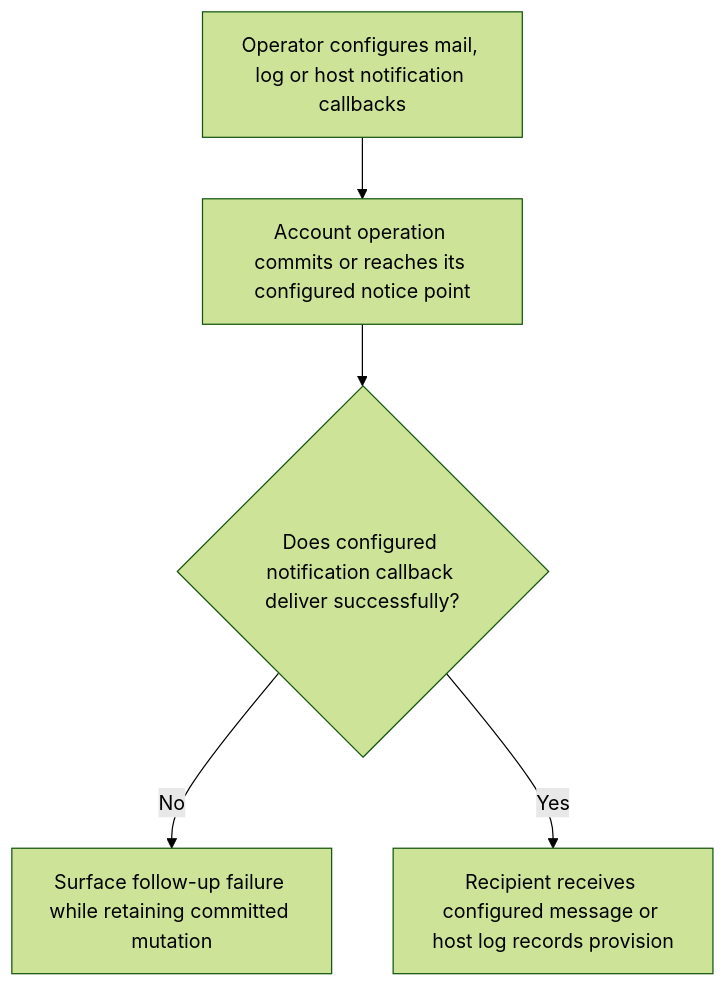
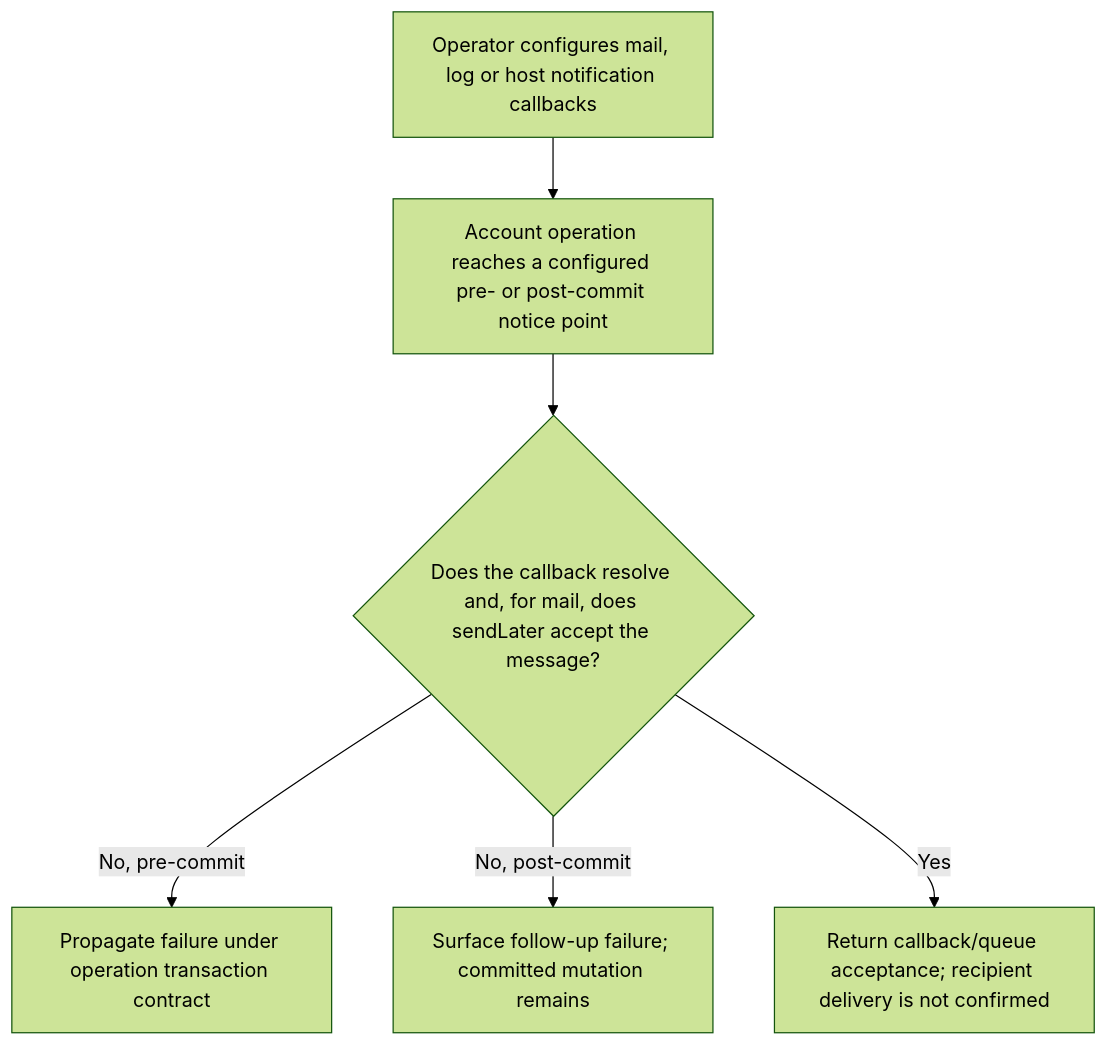
Before and after one commit to Kevinjohn/oss-adonisjs-account-kit: the first of 2 diagrams in user-stories/US-ACCOUNT-35-configure-notifications.md, drawn with Mermaid (forest theme). The commit also changed other lines of this file and 7 other files, not shown here.

````diff
--- a/user-stories/US-ACCOUNT-35-configure-notifications.md
+++ b/user-stories/US-ACCOUNT-35-configure-notifications.md
@@ -18,7 +18,8 @@
 ```mermaid
 flowchart TD
- A["Operator configures mail, log or host notification callbacks"] --> B["Account operation commits or reaches its configured notice point"]
- B --> C{"Does configured notification callback deliver successfully?"}
- C -->|No| D["Surface follow-up failure while retaining committed mutation"]
- C -->|Yes| E["Recipient receives configured message or host log records provision"]
+ A["Operator configures mail, log or host notification callbacks"] --> B["Account operation reaches a configured pre- or post-commit notice point"]
+ B --> C{"Does the callback resolve and, for mail, does sendLater accept the message?"}
+ C -->|No, pre-commit| D["Propagate failure under operation transaction contract"]
+ C -->|No, post-commit| E["Surface follow-up failure; committed mutation remains"]
+ C -->|Yes| F["Return callback/queue acceptance; recipient delivery is not confirmed"]
 ```
````
